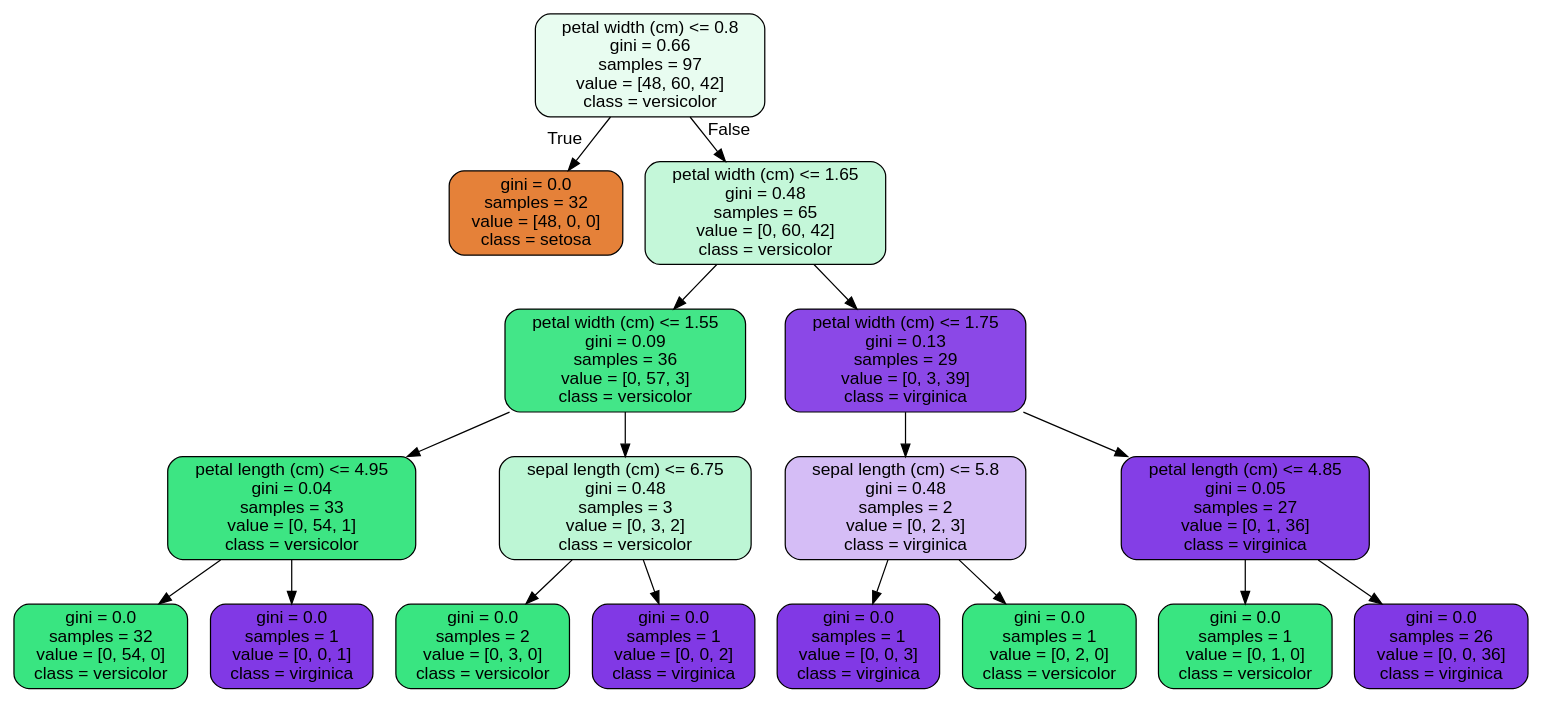
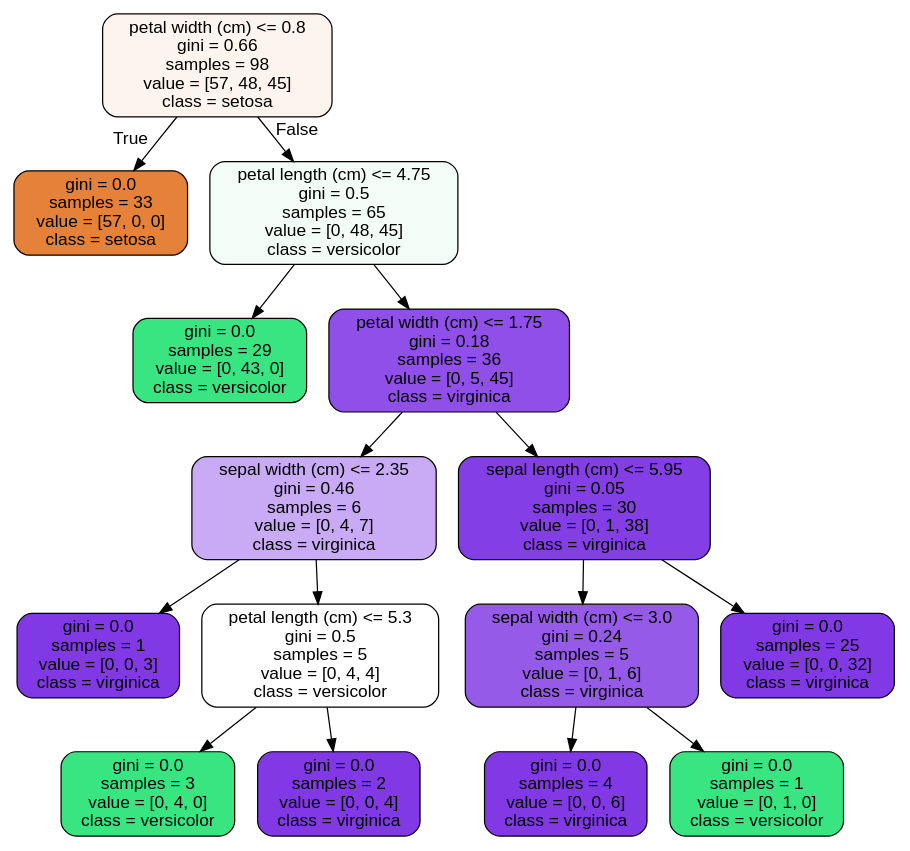
Before and after one commit to springboard-curriculum/DataScienceGuidedCapstone: the diagram in Unit14/RandomForest_Covid_Case_Study/tree.dot, drawn with Graphviz.

```diff
--- a/Unit14/RandomForest_Covid_Case_Study/tree.dot
+++ b/Unit14/RandomForest_Covid_Case_Study/tree.dot
@@ -1,37 +1,33 @@
 digraph Tree {
 node [shape=box, style="filled, rounded", color="black", fontname=helvetica] ;
 edge [fontname=helvetica] ;
-0 [label="petal width (cm) <= 0.8\ngini = 0.66\nsamples = 97\nvalue = [48, 60, 42]\nclass = versicolor", fillcolor="#e8fcf0"] ;
-1 [label="gini = 0.0\nsamples = 32\nvalue = [48, 0, 0]\nclass = setosa", fillcolor="#e58139"] ;
+0 [label="petal width (cm) <= 0.8\ngini = 0.66\nsamples = 98\nvalue = [57, 48, 45]\nclass = setosa", fillcolor="#fdf4ee"] ;
+1 [label="gini = 0.0\nsamples = 33\nvalue = [57, 0, 0]\nclass = setosa", fillcolor="#e58139"] ;
 0 -> 1 [labeldistance=2.5, labelangle=45, headlabel="True"] ;
-2 [label="petal width (cm) <= 1.65\ngini = 0.48\nsamples = 65\nvalue = [0, 60, 42]\nclass = versicolor", fillcolor="#c4f7d9"] ;
+2 [label="petal length (cm) <= 4.75\ngini = 0.5\nsamples = 65\nvalue = [0, 48, 45]\nclass = versicolor", fillcolor="#f3fdf7"] ;
 0 -> 2 [labeldistance=2.5, labelangle=-45, headlabel="False"] ;
-3 [label="petal width (cm) <= 1.55\ngini = 0.09\nsamples = 36\nvalue = [0, 57, 3]\nclass = versicolor", fillcolor="#43e688"] ;
+3 [label="gini = 0.0\nsamples = 29\nvalue = [0, 43, 0]\nclass = versicolor", fillcolor="#39e581"] ;
 2 -> 3 ;
-4 [label="petal length (cm) <= 4.95\ngini = 0.04\nsamples = 33\nvalue = [0, 54, 1]\nclass = versicolor", fillcolor="#3de583"] ;
-3 -> 4 ;
-5 [label="gini = 0.0\nsamples = 32\nvalue = [0, 54, 0]\nclass = versicolor", fillcolor="#39e581"] ;
+4 [label="petal width (cm) <= 1.75\ngini = 0.18\nsamples = 36\nvalue = [0, 5, 45]\nclass = virginica", fillcolor="#8f4fe8"] ;
+2 -> 4 ;
+5 [label="sepal width (cm) <= 2.35\ngini = 0.46\nsamples = 6\nvalue = [0, 4, 7]\nclass = virginica", fillcolor="#c9aaf4"] ;
 4 -> 5 ;
-6 [label="gini = 0.0\nsamples = 1\nvalue = [0, 0, 1]\nclass = virginica", fillcolor="#8139e5"] ;
-4 -> 6 ;
-7 [label="sepal length (cm) <= 6.75\ngini = 0.48\nsamples = 3\nvalue = [0, 3, 2]\nclass = versicolor", fillcolor="#bdf6d5"] ;
-3 -> 7 ;
-8 [label="gini = 0.0\nsamples = 2\nvalue = [0, 3, 0]\nclass = versicolor", fillcolor="#39e581"] ;
+6 [label="gini = 0.0\nsamples = 1\nvalue = [0, 0, 3]\nclass = virginica", fillcolor="#8139e5"] ;
+5 -> 6 ;
+7 [label="petal length (cm) <= 5.3\ngini = 0.5\nsamples = 5\nvalue = [0, 4, 4]\nclass = versicolor", fillcolor="#ffffff"] ;
+5 -> 7 ;
+8 [label="gini = 0.0\nsamples = 3\nvalue = [0, 4, 0]\nclass = versicolor", fillcolor="#39e581"] ;
 7 -> 8 ;
-9 [label="gini = 0.0\nsamples = 1\nvalue = [0, 0, 2]\nclass = virginica", fillcolor="#8139e5"] ;
+9 [label="gini = 0.0\nsamples = 2\nvalue = [0, 0, 4]\nclass = virginica", fillcolor="#8139e5"] ;
 7 -> 9 ;
-10 [label="petal width (cm) <= 1.75\ngini = 0.13\nsamples = 29\nvalue = [0, 3, 39]\nclass = virginica", fillcolor="#8b48e7"] ;
-2 -> 10 ;
-11 [label="sepal length (cm) <= 5.8\ngini = 0.48\nsamples = 2\nvalue = [0, 2, 3]\nclass = virginica", fillcolor="#d5bdf6"] ;
+10 [label="sepal length (cm) <= 5.95\ngini = 0.05\nsamples = 30\nvalue = [0, 1, 38]\nclass = virginica", fillcolor="#843ee6"] ;
+4 -> 10 ;
+11 [label="sepal width (cm) <= 3.0\ngini = 0.24\nsamples = 5\nvalue = [0, 1, 6]\nclass = virginica", fillcolor="#965ae9"] ;
 10 -> 11 ;
-12 [label="gini = 0.0\nsamples = 1\nvalue = [0, 0, 3]\nclass = virginica", fillcolor="#8139e5"] ;
+12 [label="gini = 0.0\nsamples = 4\nvalue = [0, 0, 6]\nclass = virginica", fillcolor="#8139e5"] ;
 11 -> 12 ;
-13 [label="gini = 0.0\nsamples = 1\nvalue = [0, 2, 0]\nclass = versicolor", fillcolor="#39e581"] ;
+13 [label="gini = 0.0\nsamples = 1\nvalue = [0, 1, 0]\nclass = versicolor", fillcolor="#39e581"] ;
 11 -> 13 ;
-14 [label="petal length (cm) <= 4.85\ngini = 0.05\nsamples = 27\nvalue = [0, 1, 36]\nclass = virginica", fillcolor="#843ee6"] ;
+14 [label="gini = 0.0\nsamples = 25\nvalue = [0, 0, 32]\nclass = virginica", fillcolor="#8139e5"] ;
 10 -> 14 ;
-15 [label="gini = 0.0\nsamples = 1\nvalue = [0, 1, 0]\nclass = versicolor", fillcolor="#39e581"] ;
-14 -> 15 ;
-16 [label="gini = 0.0\nsamples = 26\nvalue = [0, 0, 36]\nclass = virginica", fillcolor="#8139e5"] ;
-14 -> 16 ;
 }
```
